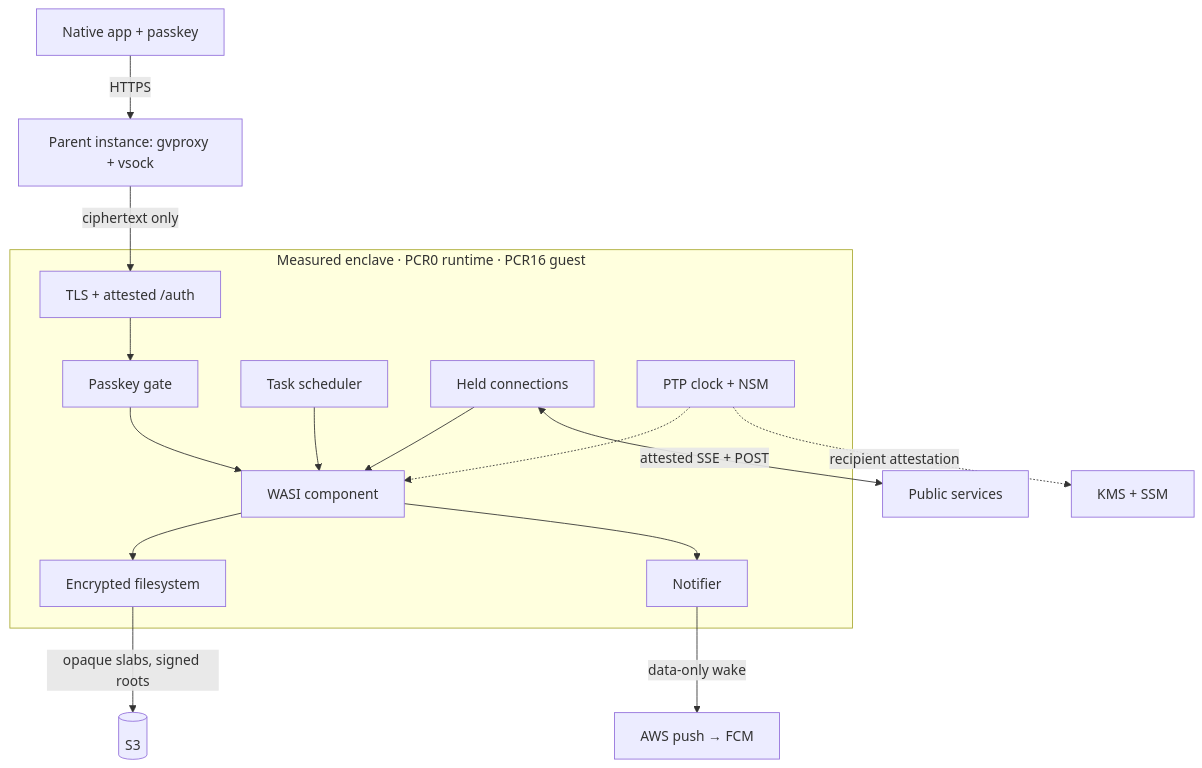
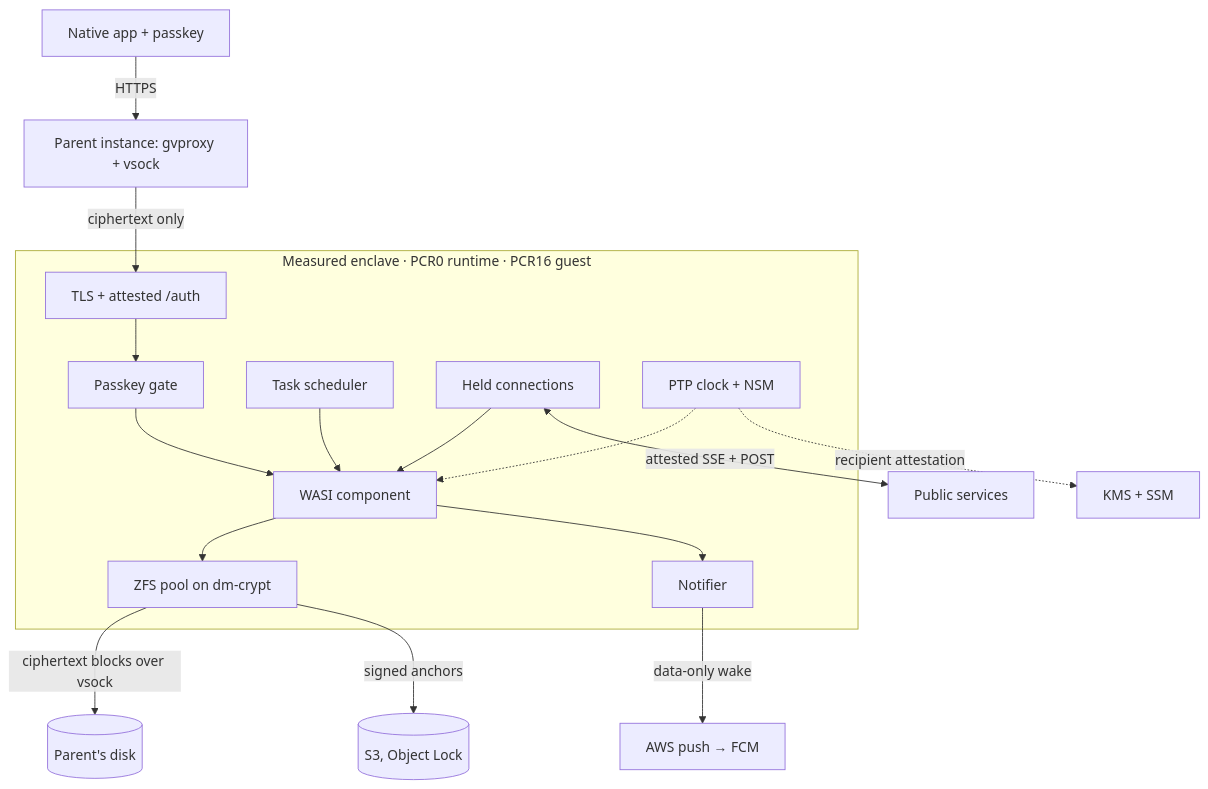
One commit to BitspendPayment/enclave-runtime changed the third of 3 diagrams in README.md. Above: the diagram before and after it, drawn with Mermaid. The commit also changed other lines of this file and 123 other files, not shown here.

````diff
--- a/README.md
+++ b/README.md
@@ -294,18 +294,19 @@
 ```mermaid
 flowchart TB
     App["Native app + passkey"] -->|HTTPS| Parent["Parent instance: gvproxy + vsock"]
     Parent -->|ciphertext only| TLS
     subgraph Enclave["Measured enclave · PCR0 runtime · PCR16 guest"]
         TLS["TLS + attested /auth"] --> Gate["Passkey gate"]
         Gate --> Guest["WASI component"]
         Sched["Task scheduler"] --> Guest
         Held["Held connections"] --> Guest
         Dev["PTP clock + NSM"] -.-> Guest
-        Guest --> FS["Encrypted filesystem"]
+        Guest --> FS["ZFS pool on dm-crypt"]
         Guest --> Notify["Notifier"]
     end
-    FS -->|opaque slabs, signed roots| S3[("S3")]
+    FS -->|ciphertext blocks over vsock| Disk[("Parent's disk")]
+    FS -->|signed anchors| S3[("S3, Object Lock")]
     Dev -.->|recipient attestation| KMS["KMS + SSM"]
     Held <-->|attested SSE + POST| Svc["Public services"]
     Notify -->|data-only wake| Push["AWS push → FCM"]
 ```
````
